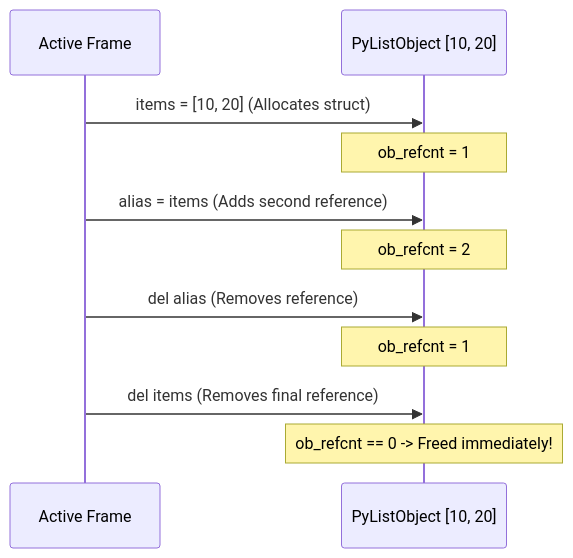
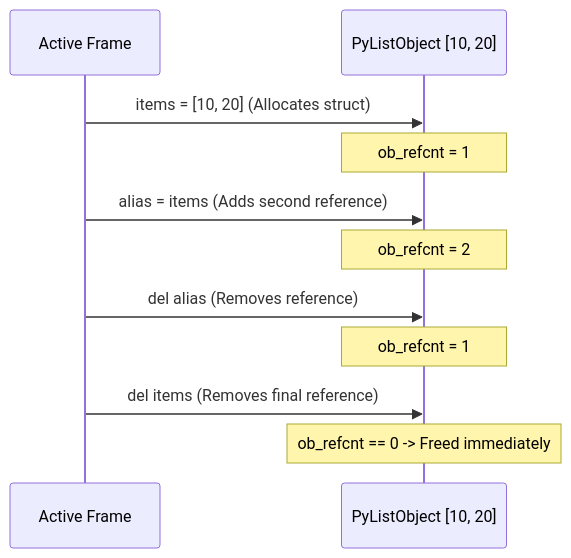
Before and after one commit to AchuAshwath/Cthru-Python: the second of 3 diagrams in src/content/docs/foundations/the-pyobject.mdx, drawn with Mermaid. The commit also changed other lines of this file and 6 other files, not shown here.

Commit message:
docs: remove unquantified numbers from subheadings and apply mermaid writing standards

````diff
--- a/src/content/docs/foundations/the-pyobject.mdx
+++ b/src/content/docs/foundations/the-pyobject.mdx
@@ -105,17 +105,17 @@
 ```mermaid
 sequenceDiagram
     participant Scope as Active Frame
     participant Heap as PyListObject [10, 20]
 
     Scope->>Heap: items = [10, 20] (Allocates struct)
     Note over Heap: ob_refcnt = 1
 
     Scope->>Heap: alias = items (Adds second reference)
     Note over Heap: ob_refcnt = 2
 
     Scope->>Heap: del alias (Removes reference)
     Note over Heap: ob_refcnt = 1
 
     Scope->>Heap: del items (Removes final reference)
-    Note over Heap: ob_refcnt == 0 -> Freed immediately!
+    Note over Heap: ob_refcnt == 0 -> Freed immediately
 ```
````
